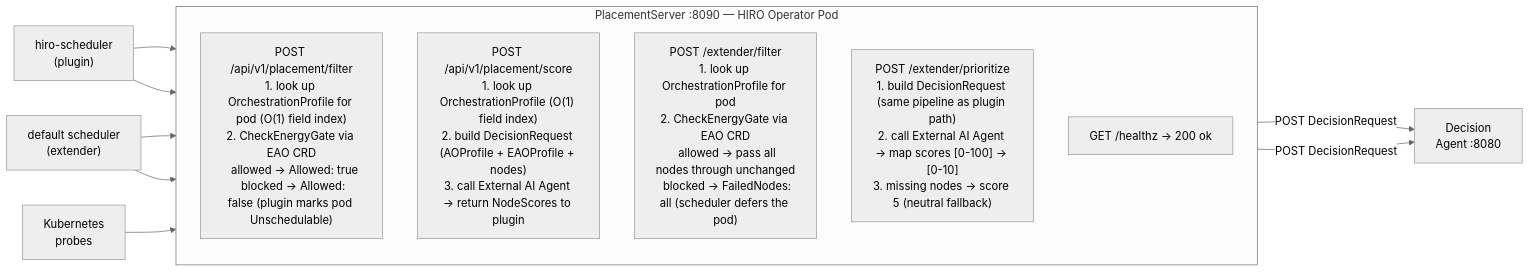
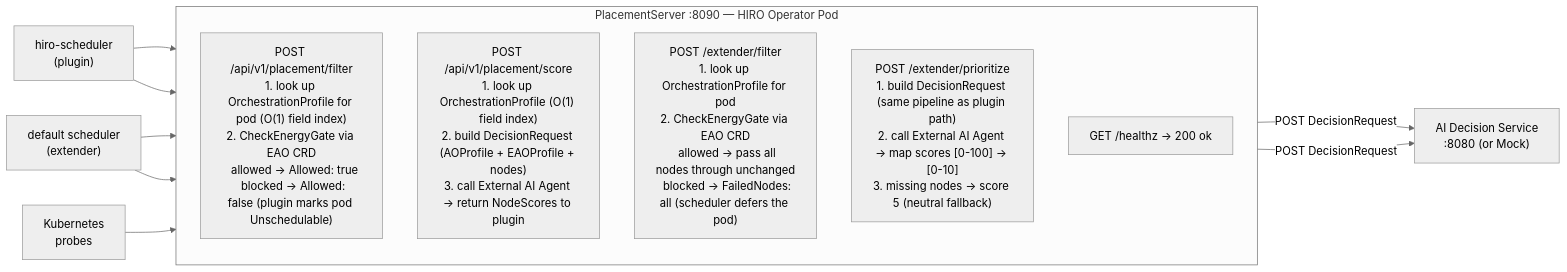
One commit to HIRO-MicroDataCenters-BV/hiro-adaptive-orchestrator changed the third of 5 diagrams in docs/architecture.md. Above: the diagram before and after it, drawn with Mermaid (neutral theme). The commit also changed other lines of this file, not shown here.

Commit message:
Make the agent and placement request timeouts configurable, let the demo accept Kev's answers, and show the AI Decision Service and Kev in the architecture doc

````diff
--- a/docs/architecture.md
+++ b/docs/architecture.md
@@ -144,25 +153,25 @@
 ```mermaid
 flowchart LR
     Plugin["hiro-scheduler<br/>(plugin)"]
     Extender["default scheduler<br/>(extender)"]
     Probes["Kubernetes<br/>probes"]
 
     subgraph PS["PlacementServer :8090 — HIRO Operator Pod"]
         direction TB
         R0["POST /api/v1/placement/filter<br/>1. look up OrchestrationProfile for pod (O(1) field index)<br/>2. CheckEnergyGate via EAO CRD<br/>&nbsp;&nbsp;allowed → Allowed: true<br/>&nbsp;&nbsp;blocked → Allowed: false (plugin marks pod Unschedulable)"]
         R1["POST /api/v1/placement/score<br/>1. look up OrchestrationProfile (O(1) field index)<br/>2. build DecisionRequest (AOProfile + EAOProfile + nodes)<br/>3. call External AI Agent → return NodeScores to plugin"]
         R2["POST /extender/filter<br/>1. look up OrchestrationProfile for pod<br/>2. CheckEnergyGate via EAO CRD<br/>&nbsp;&nbsp;allowed → pass all nodes through unchanged<br/>&nbsp;&nbsp;blocked → FailedNodes: all (scheduler defers the pod)"]
         R3["POST /extender/prioritize<br/>1. build DecisionRequest (same pipeline as plugin path)<br/>2. call External AI Agent → map scores [0-100] → [0-10]<br/>3. missing nodes → score 5 (neutral fallback)"]
         R4["GET /healthz → 200 ok"]
     end
 
-    Agent["Decision<br/>Agent :8080"]
+    Agent["AI Decision Service<br/>:8080 (or Mock)"]
 
     Plugin --> R0
     Plugin --> R1
     Extender --> R2
     Extender --> R3
     Probes --> R4
     R1 -->|"POST DecisionRequest"| Agent
     R3 -->|"POST DecisionRequest"| Agent
 ```
````
